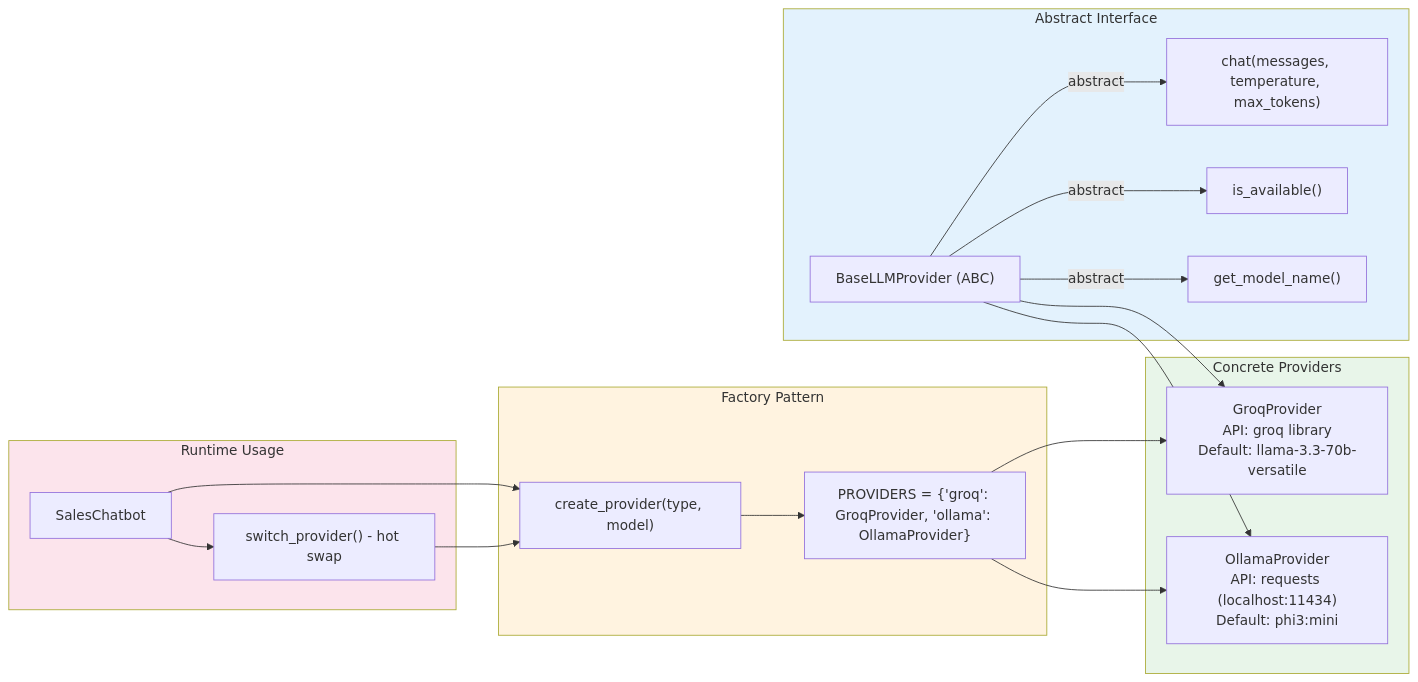
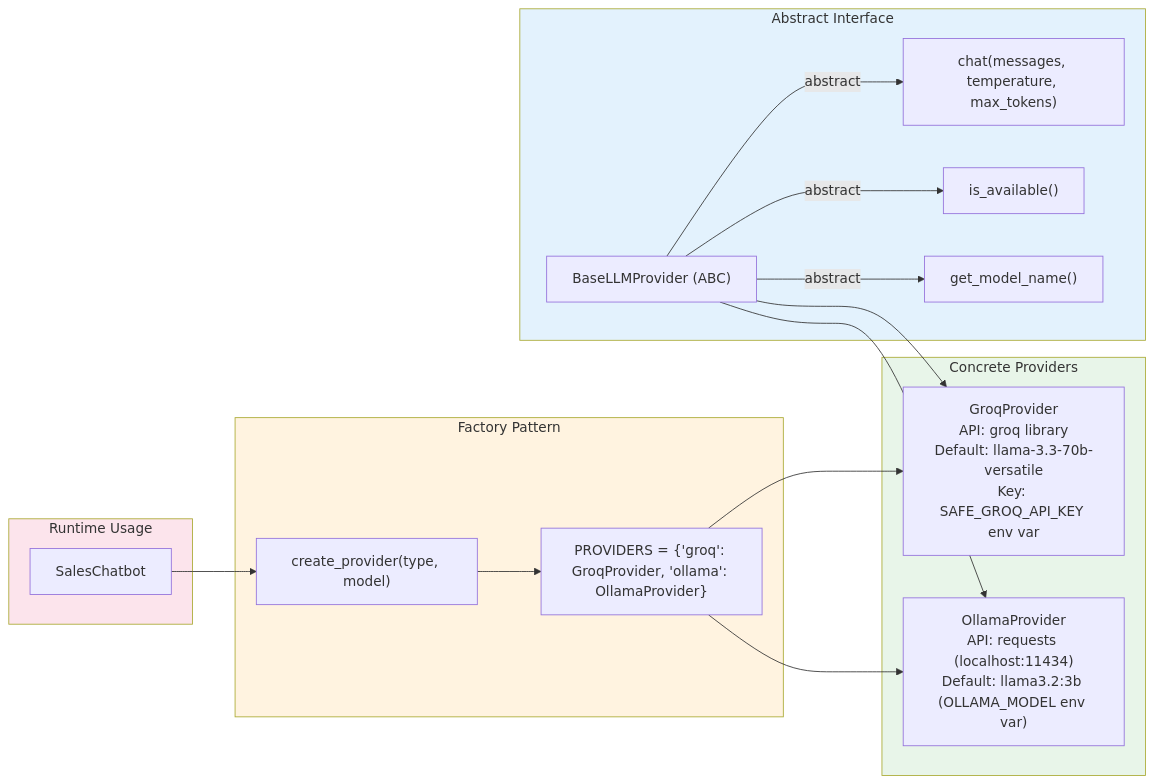
Before and after one commit to shaf-aston/FYP-sales-training-tool: the seventh of 46 diagrams in architecture diagrams.md, drawn with Mermaid. The commit also changed other lines of this file and 21 other files, not shown here.

````diff
--- a/architecture diagrams.md
+++ b/architecture diagrams.md
@@ -222,40 +437,37 @@
 ```mermaid
 flowchart LR
     subgraph INTERFACE["Abstract Interface"]
         Base["BaseLLMProvider (ABC)"]
         Base --> |"abstract"| M1["chat(messages, temperature, max_tokens)"]
         Base --> |"abstract"| M2["is_available()"]
         Base --> |"abstract"| M3["get_model_name()"]
     end
 
     subgraph FACTORY["Factory Pattern"]
         Create["create_provider(type, model)"]
         Registry["PROVIDERS = {'groq': GroqProvider, 'ollama': OllamaProvider}"]
     end
 
     subgraph PROVIDERS["Concrete Providers"]
-        Groq["GroqProvider<br/>API: groq library<br/>Default: llama-3.3-70b-versatile"]
-        Ollama["OllamaProvider<br/>API: requests (localhost:11434)<br/>Default: phi3:mini"]
+        Groq["GroqProvider<br/>API: groq library<br/>Default: llama-3.3-70b-versatile<br/>Key: SAFE_GROQ_API_KEY env var"]
+        Ollama["OllamaProvider<br/>API: requests (localhost:11434)<br/>Default: llama3.2:3b (OLLAMA_MODEL env var)"]
     end
 
     subgraph USAGE["Runtime Usage"]
         Chatbot["SalesChatbot"]
-        Switch["switch_provider() - hot swap"]
     end
 
     Base --> Groq
     Base --> Ollama
 
     Create --> Registry
     Registry --> Groq
     Registry --> Ollama
 
     Chatbot --> Create
-    Chatbot --> Switch
-    Switch --> Create
 
     style INTERFACE fill:#e3f2fd
     style FACTORY fill:#fff3e0
     style PROVIDERS fill:#e8f5e9
     style USAGE fill:#fce4ec
 ```
````
